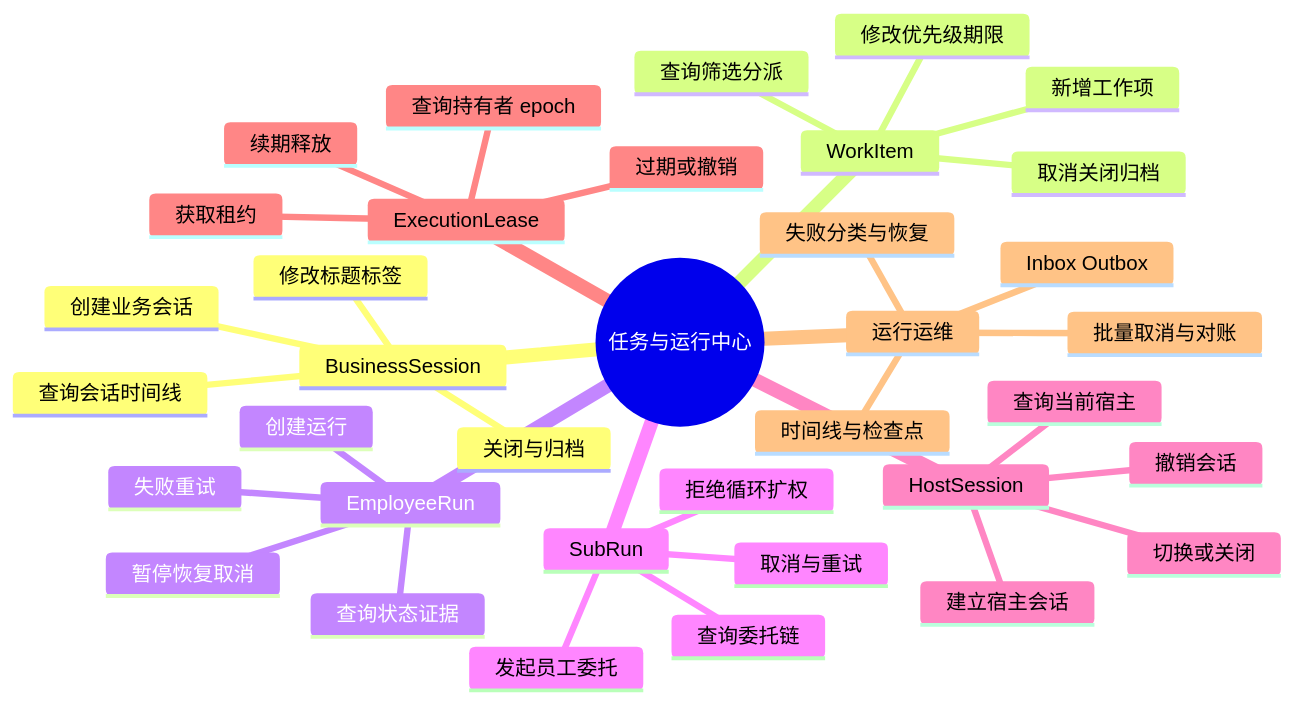
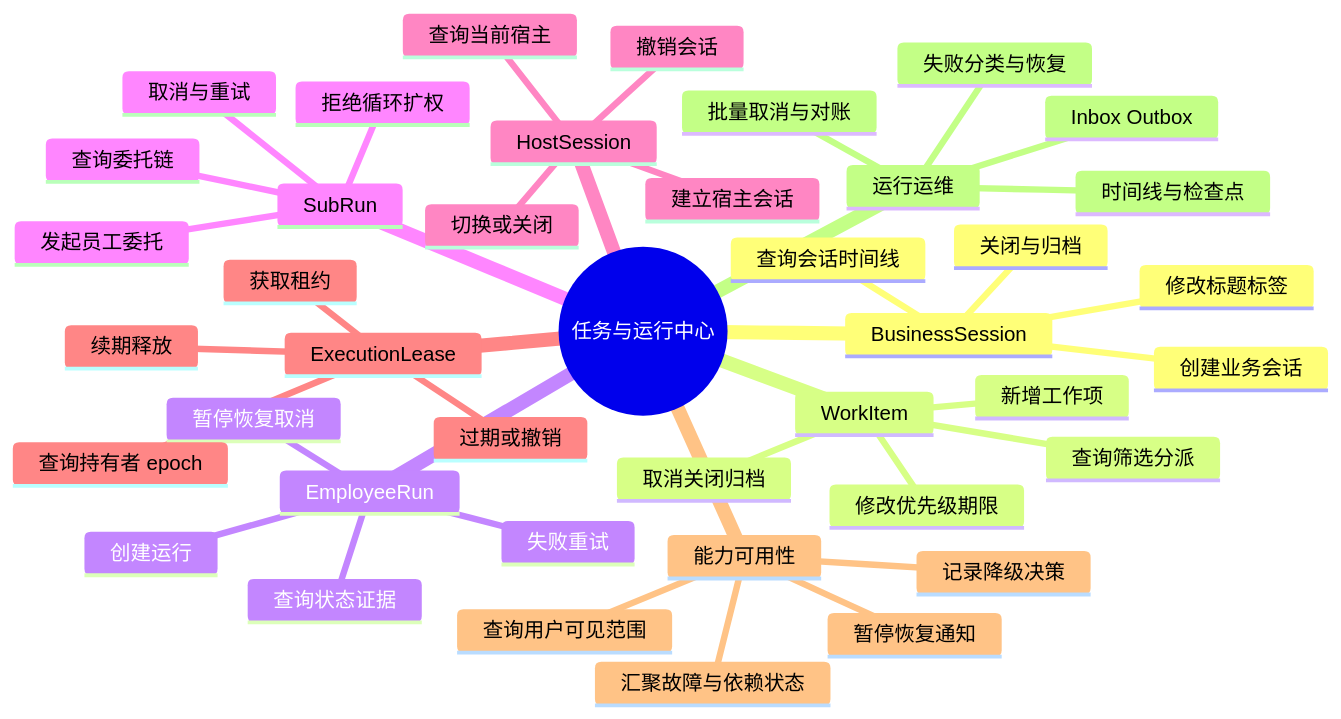
The fifth of 22 diagrams in docs/superpowers/specs/2026-09-01-metaplatform-product-modules-design.md (Bert0000000000/MetaPlatform), drawn with Mermaid before and after one commit. The commit also changed other lines of this file, not shown here.

````diff
--- a/docs/superpowers/specs/2026-09-01-metaplatform-product-modules-design.md
+++ b/docs/superpowers/specs/2026-09-01-metaplatform-product-modules-design.md
@@ -296,39 +296,44 @@
 ```mermaid
 mindmap
   root((任务与运行中心))
     BusinessSession
       创建业务会话
       查询会话时间线
       修改标题标签
       关闭与归档
     WorkItem
       新增工作项
       查询筛选分派
       修改优先级期限
       取消关闭归档
     EmployeeRun
       创建运行
       查询状态证据
       暂停恢复取消
       失败重试
     SubRun
       发起员工委托
       查询委托链
       取消与重试
       拒绝循环扩权
     HostSession
       建立宿主会话
       查询当前宿主
       切换或关闭
       撤销会话
     ExecutionLease
       获取租约
       查询持有者 epoch
       续期释放
       过期或撤销
+    能力可用性
+      汇聚故障与依赖状态
+      查询用户可见范围
+      暂停恢复通知
+      记录降级决策
     运行运维
       时间线与检查点
       Inbox Outbox
       失败分类与恢复
       批量取消与对账
 ```
````
